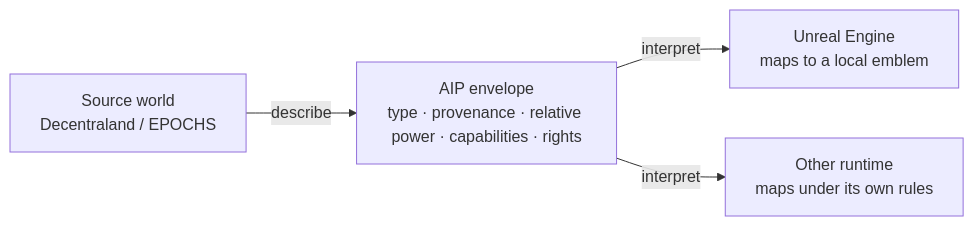
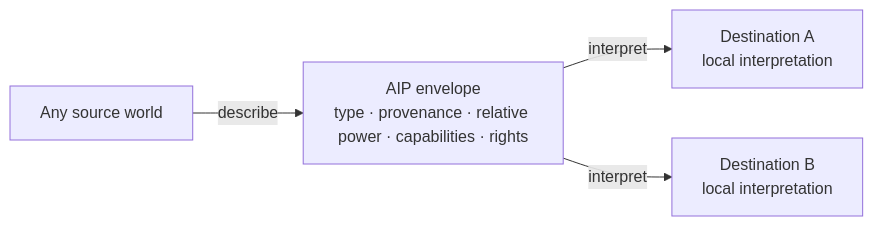
Before and after one commit to AeonSmash/aip: the diagram in README.md, drawn with Mermaid. The commit also changed other lines of this file and 3 other files, not shown here.

Commit message:
Clarify that AIP Core requires no specific world or engine.

````diff
--- a/README.md
+++ b/README.md
@@ -47,11 +47,11 @@
 ```mermaid
 flowchart LR
-  S["Source world<br/>Decentraland / EPOCHS"]
+  S["Any source world"]
   E["AIP envelope<br/>type · provenance · relative power · capabilities · rights"]
-  D1["Unreal Engine<br/>maps to a local emblem"]
-  D2["Other runtime<br/>maps under its own rules"]
+  D1["Destination A<br/>local interpretation"]
+  D2["Destination B<br/>local interpretation"]
 
   S -->|describe| E
   E -->|interpret| D1
   E -->|interpret| D2
 ```
````
